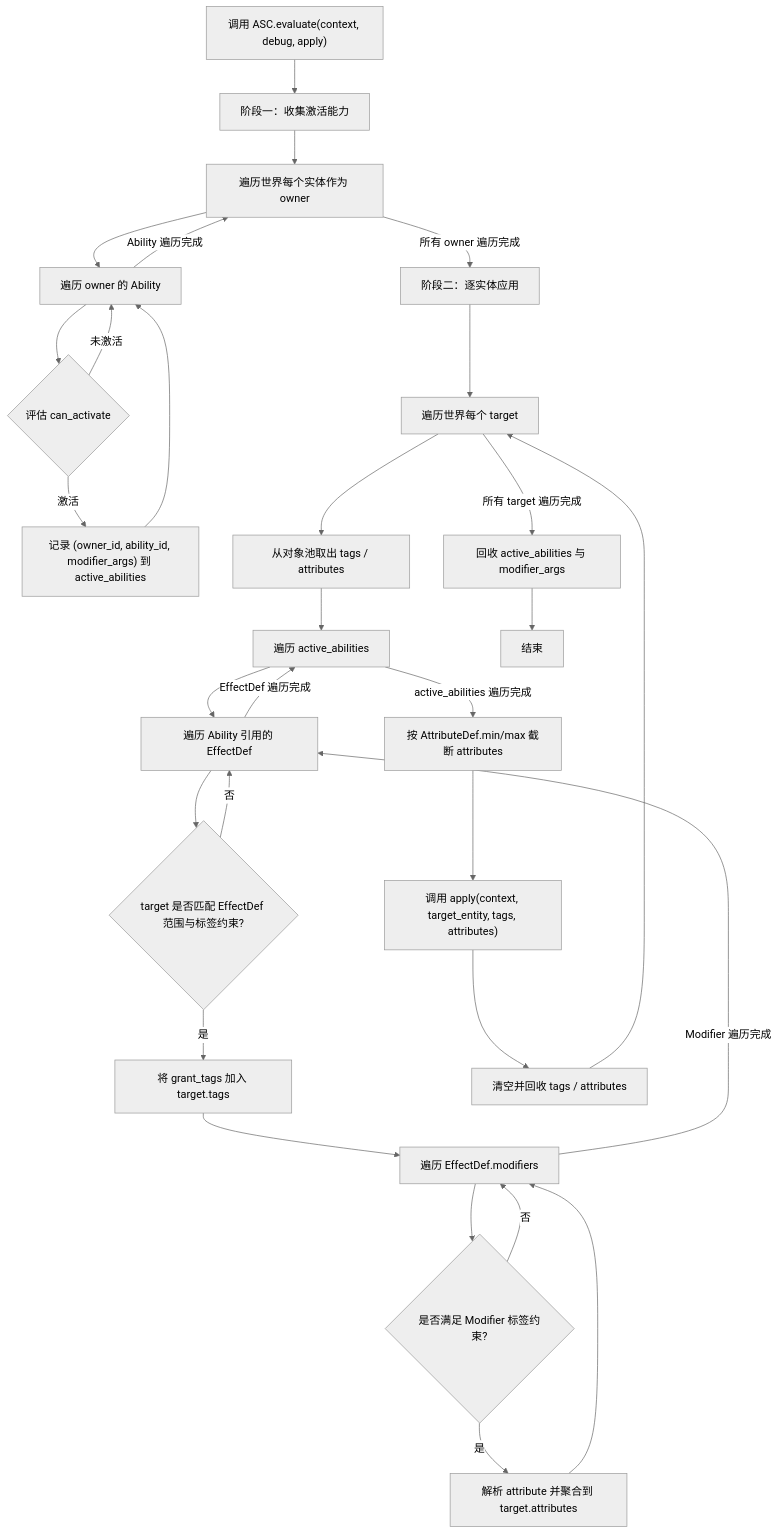
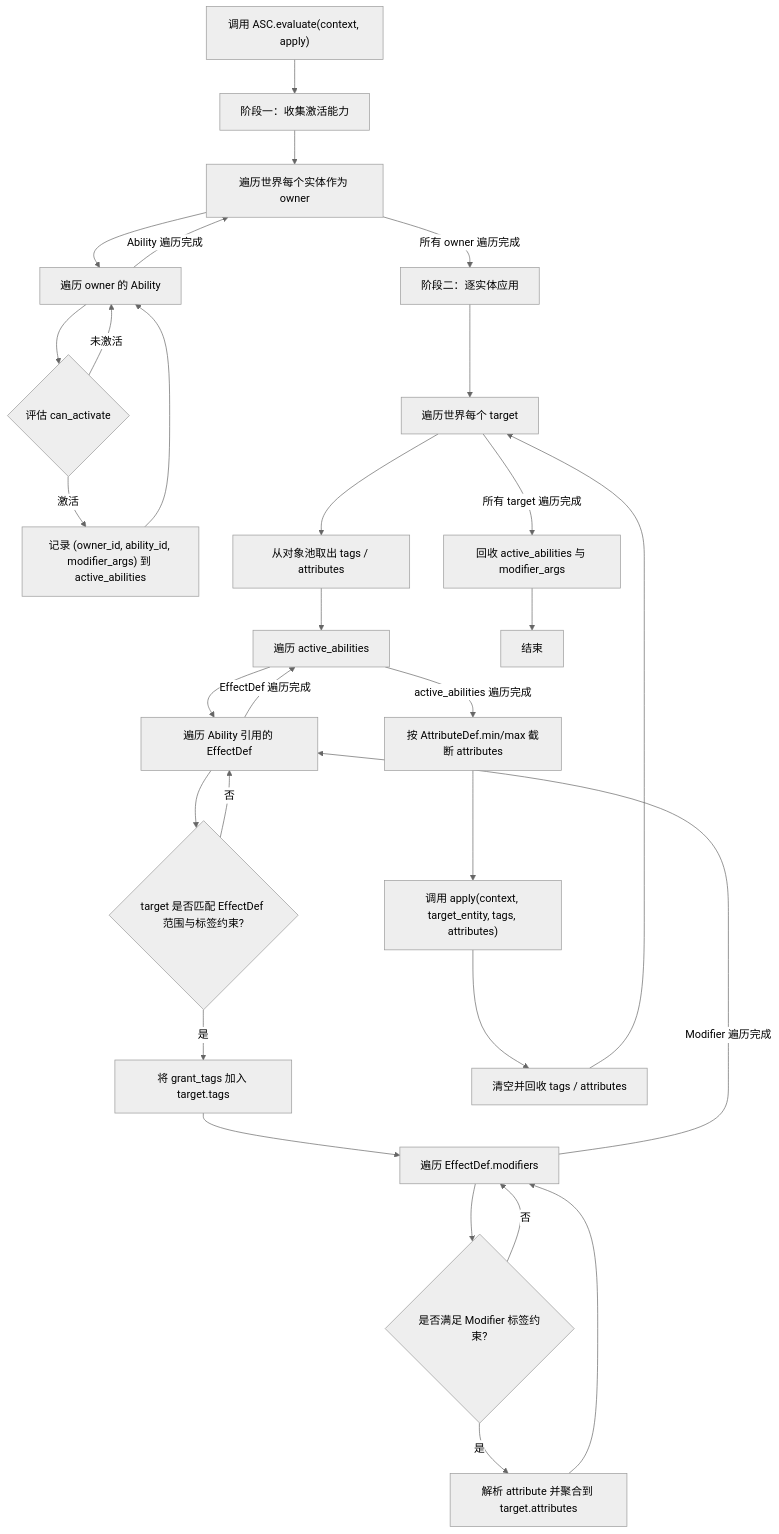
One commit to caorenmei/cgas changed the fourth of 4 diagrams in docs/specs/mini_gas_v2/v2.md. Above: the diagram before and after it, drawn with Mermaid (neutral theme). The commit also changed other lines of this file and 10 other files, not shown here.

````diff
--- a/docs/specs/mini_gas_v2/v2.md
+++ b/docs/specs/mini_gas_v2/v2.md
@@ -413,32 +432,32 @@
 ```mermaid
 flowchart TD
-    A["调用 ASC.evaluate(context, debug, apply)"] --> B["阶段一：收集激活能力"]
+    A["调用 ASC.evaluate(context, apply)"] --> B["阶段一：收集激活能力"]
     B --> C["遍历世界每个实体作为 owner"]
     C --> D["遍历 owner 的 Ability"]
     D --> E{"评估 can_activate"}
     E -->|"激活"| F["记录 (owner_id, ability_id, modifier_args) 到 active_abilities"]
     E -->|"未激活"| D
     F --> D
     D -->|"Ability 遍历完成"| C
     C -->|"所有 owner 遍历完成"| G["阶段二：逐实体应用"]
     G --> H["遍历世界每个 target"]
     H --> I["从对象池取出 tags / attributes"]
     I --> J["遍历 active_abilities"]
     J --> K["遍历 Ability 引用的 EffectDef"]
     K --> L{"target 是否匹配 EffectDef 范围与标签约束?"}
     L -->|"是"| M["将 grant_tags 加入 target.tags"]
     L -->|"否"| K
     M --> N["遍历 EffectDef.modifiers"]
     N --> O{"是否满足 Modifier 标签约束?"}
     O -->|"是"| P["解析 attribute 并聚合到 target.attributes"]
     O -->|"否"| N
     P --> N
     N -->|"Modifier 遍历完成"| K
     K -->|"EffectDef 遍历完成"| J
     J -->|"active_abilities 遍历完成"| Q["按 AttributeDef.min/max 截断 attributes"]
     Q --> R["调用 apply(context, target_entity, tags, attributes)"]
     R --> S["清空并回收 tags / attributes"]
     S --> H
     H -->|"所有 target 遍历完成"| T["回收 active_abilities 与 modifier_args"]
     T --> U["结束"]
 ```
````
